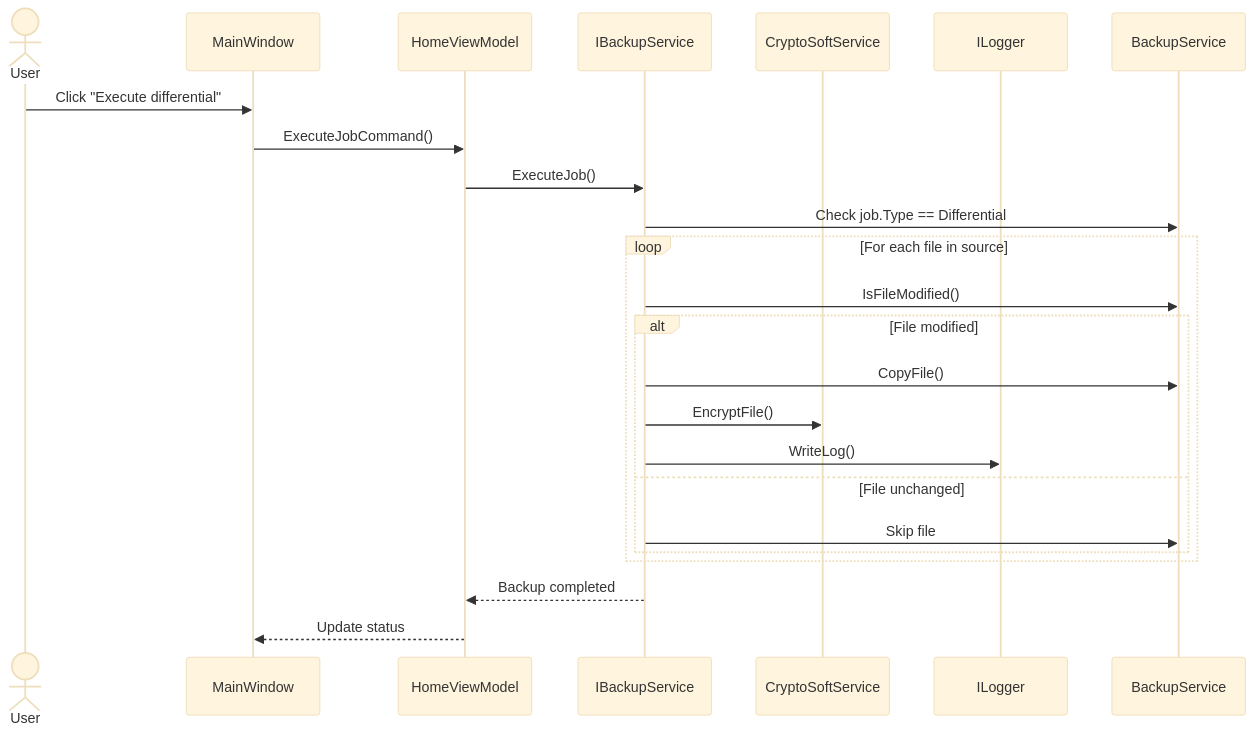
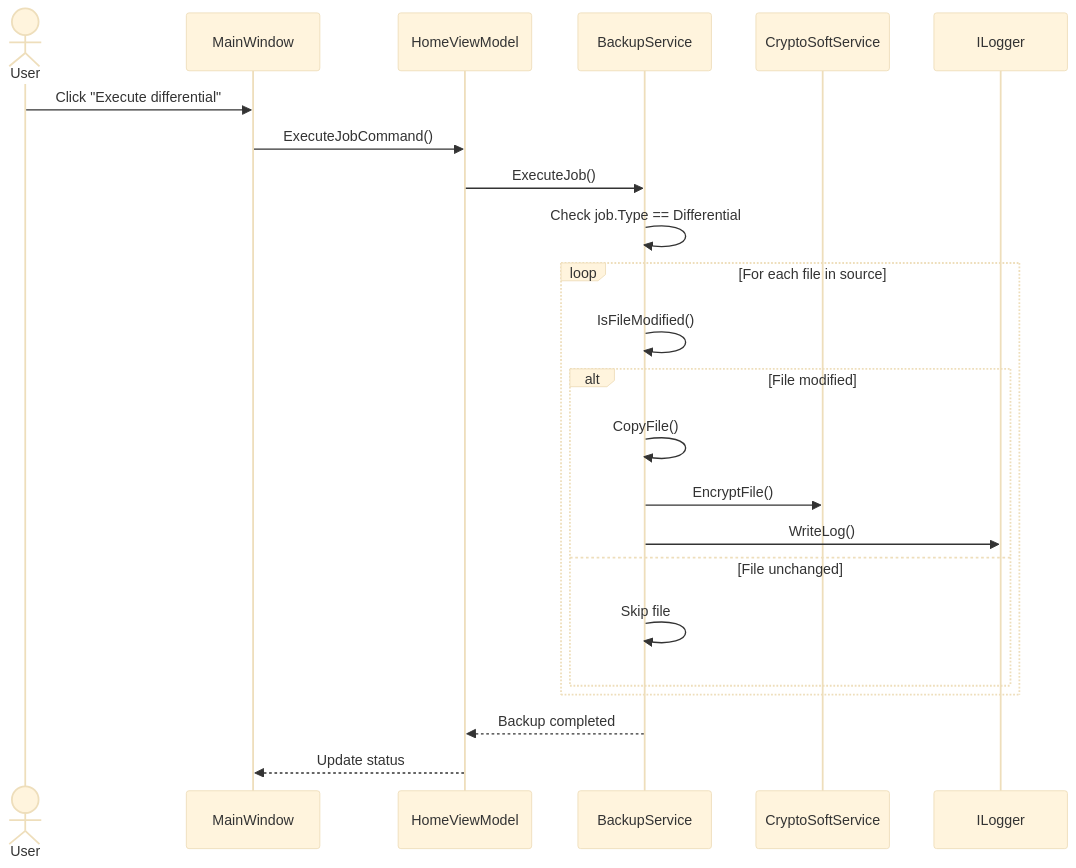
Before and after one commit to Groupe1-Prosoft/EasySave: the seventh of 8 diagrams in Diagrams/UML.md, drawn with Mermaid (base theme). The commit also changed other lines of this file and 1 other file, not shown here.

Commit message:
Modification of diagrams to respect the feature pause/resume/stop of Maxime

````diff
--- a/Diagrams/UML.md
+++ b/Diagrams/UML.md
@@ -560,30 +535,30 @@
 ```mermaid
 sequenceDiagram
     actor User
     participant MainWindow
     participant HomeViewModel
-    participant IBackupService
+    participant BackupService
     participant CryptoSoftService
     participant ILogger
 
     User->>MainWindow: Click "Execute differential"
     MainWindow->>HomeViewModel: ExecuteJobCommand()
-    HomeViewModel->>IBackupService: ExecuteJob()
+    HomeViewModel->>BackupService: ExecuteJob()
 
-   IBackupService->>BackupService: Check job.Type == Differential
+   BackupService->>BackupService: Check job.Type == Differential
 
     loop For each file in source
-        IBackupService->>BackupService: IsFileModified()
+        BackupService->>BackupService: IsFileModified()
 
         alt File modified
-            IBackupService->>BackupService: CopyFile()
-            IBackupService->>CryptoSoftService: EncryptFile()
-            IBackupService->>ILogger: WriteLog()
+            BackupService->>BackupService: CopyFile()
+            BackupService->>CryptoSoftService: EncryptFile()
+            BackupService->>ILogger: WriteLog()
         else File unchanged
-            IBackupService->>BackupService: Skip file
+            BackupService->>BackupService: Skip file
         end
     end
 
-    IBackupService-->>HomeViewModel: Backup completed
+    BackupService-->>HomeViewModel: Backup completed
     HomeViewModel-->>MainWindow: Update status
 ```
````
